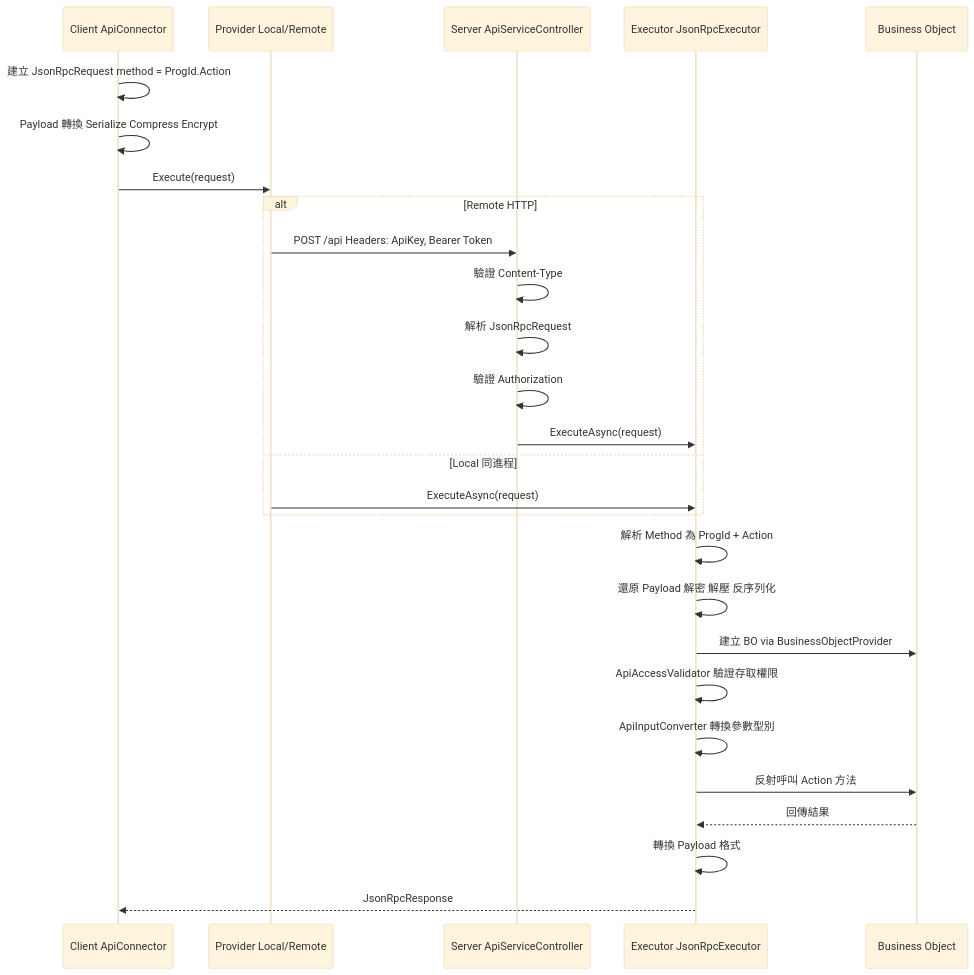
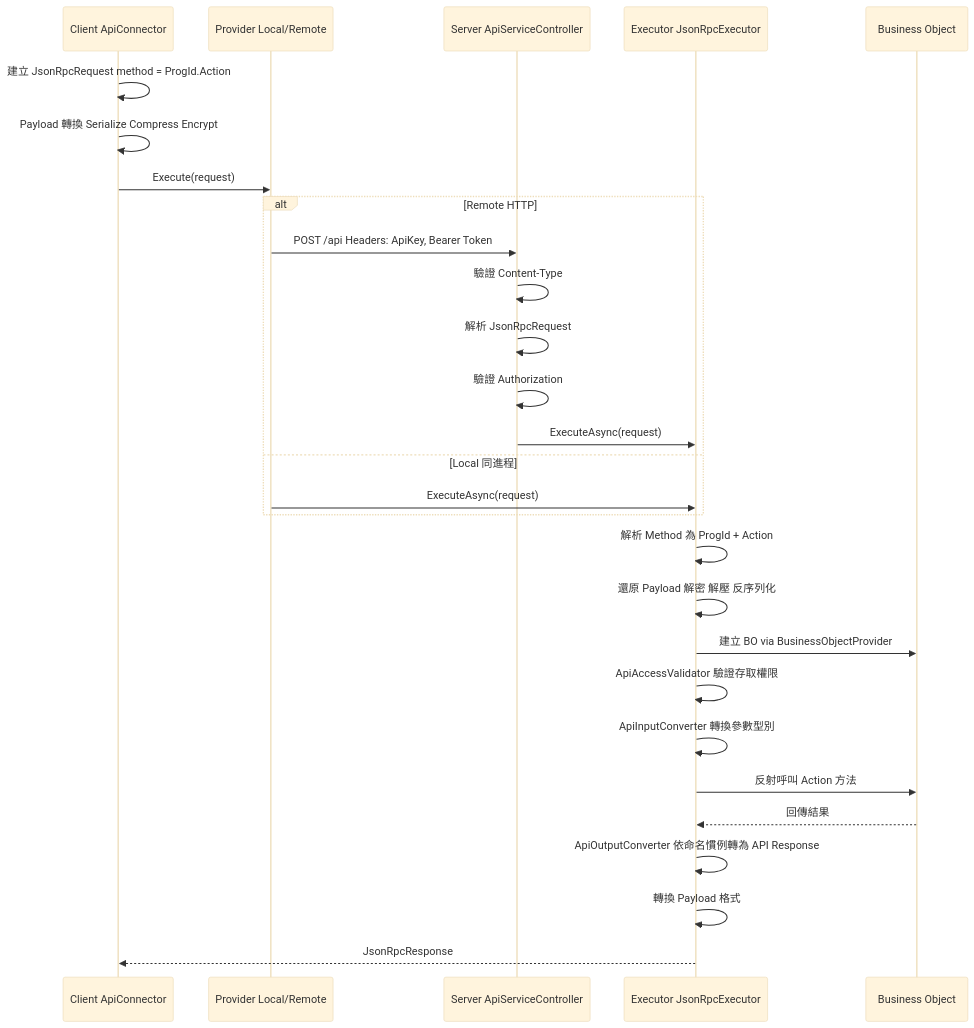
The diagram in docs/development-cookbook.md (jeff377/bee-library), drawn with Mermaid (base theme) before and after one commit. The commit also changed other lines of this file and 10 other files, not shown here.

First line of the commit message:
fix: add ApiOutputConverter for convention-based BO-to-API type resolution

````diff
--- a/docs/development-cookbook.md
+++ b/docs/development-cookbook.md
@@ -37,32 +37,33 @@
 ```mermaid
 sequenceDiagram
     participant C as Client ApiConnector
     participant P as Provider Local/Remote
     participant S as Server ApiServiceController
     participant E as Executor JsonRpcExecutor
     participant B as Business Object
 
     C->>C: 建立 JsonRpcRequest method = ProgId.Action
     C->>C: Payload 轉換 Serialize Compress Encrypt
     C->>P: Execute(request)
 
     alt Remote HTTP
         P->>S: POST /api Headers: ApiKey, Bearer Token
         S->>S: 驗證 Content-Type
         S->>S: 解析 JsonRpcRequest
         S->>S: 驗證 Authorization
         S->>E: ExecuteAsync(request)
     else Local 同進程
         P->>E: ExecuteAsync(request)
     end
 
     E->>E: 解析 Method 為 ProgId + Action
     E->>E: 還原 Payload 解密 解壓 反序列化
     E->>B: 建立 BO via BusinessObjectProvider
     E->>E: ApiAccessValidator 驗證存取權限
     E->>E: ApiInputConverter 轉換參數型別
     E->>B: 反射呼叫 Action 方法
     B-->>E: 回傳結果
+    E->>E: ApiOutputConverter 依命名慣例轉為 API Response
     E->>E: 轉換 Payload 格式
     E-->>C: JsonRpcResponse
 ```
````
